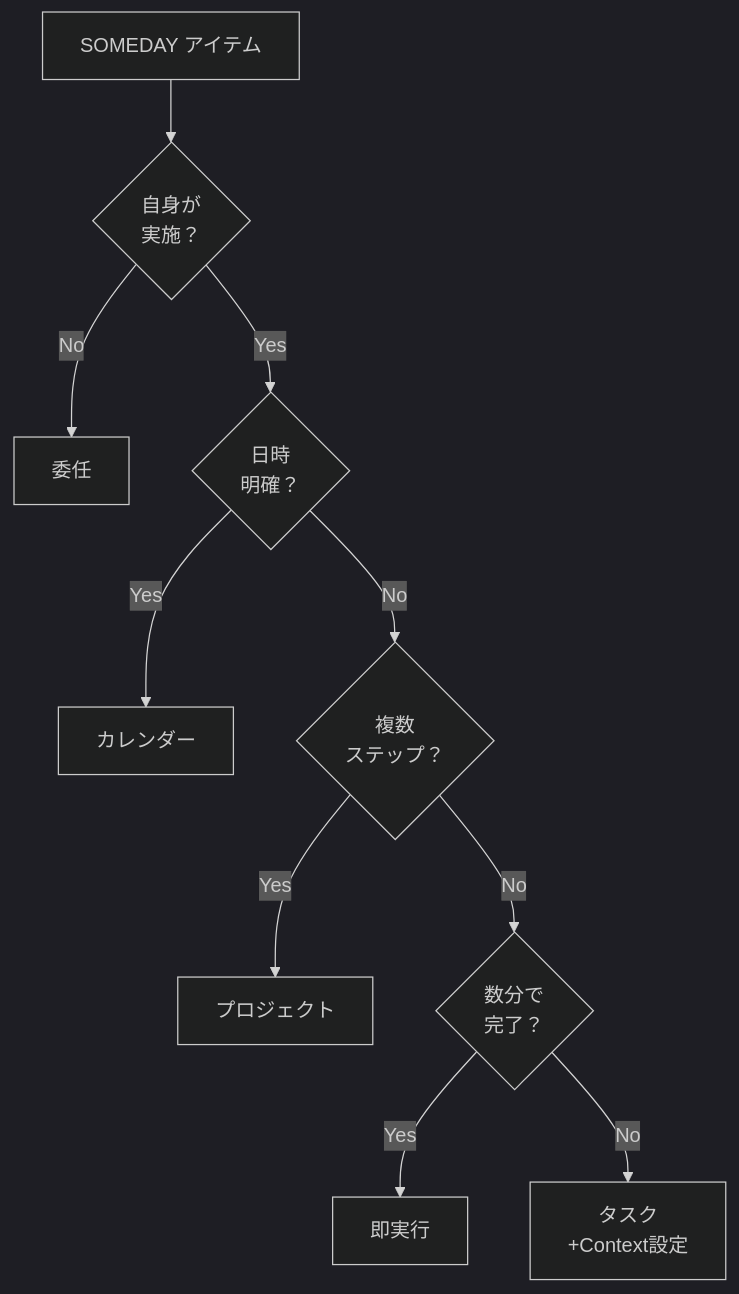
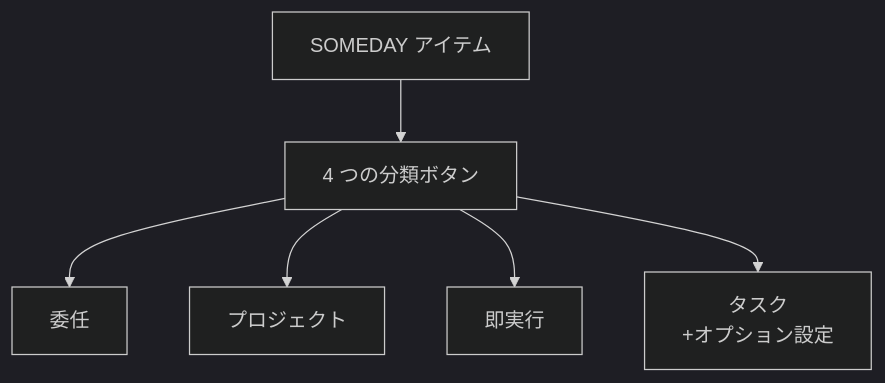
One commit to teppei19980914/Defrago changed the sixth of 7 diagrams in docs/design/architecture.md. Above: the diagram before and after it, drawn with Mermaid (dark theme). The commit also changed other lines of this file and 5 other files, not shown here.

````diff
--- a/docs/design/architecture.md
+++ b/docs/design/architecture.md
@@ -404,12 +413,8 @@
 ```mermaid
 graph TD
-    START[SOMEDAY アイテム] --> Q1{自身が<br/>実施？}
-    Q1 -->|No| DELEGATION[委任]
-    Q1 -->|Yes| Q2{日時<br/>明確？}
-    Q2 -->|Yes| CALENDAR[カレンダー]
-    Q2 -->|No| Q3{複数<br/>ステップ？}
-    Q3 -->|Yes| PROJECT[プロジェクト]
-    Q3 -->|No| Q4{数分で<br/>完了？}
-    Q4 -->|Yes| DO_NOW[即実行]
-    Q4 -->|No| TASK[タスク<br/>+Context設定]
+    START[SOMEDAY アイテム] --> BUTTONS[4 つの分類ボタン]
+    BUTTONS --> DELEGATION[委任]
+    BUTTONS --> PROJECT[プロジェクト]
+    BUTTONS --> DO_NOW[即実行]
+    BUTTONS --> TASK[タスク<br/>+オプション設定]
 ```
````
